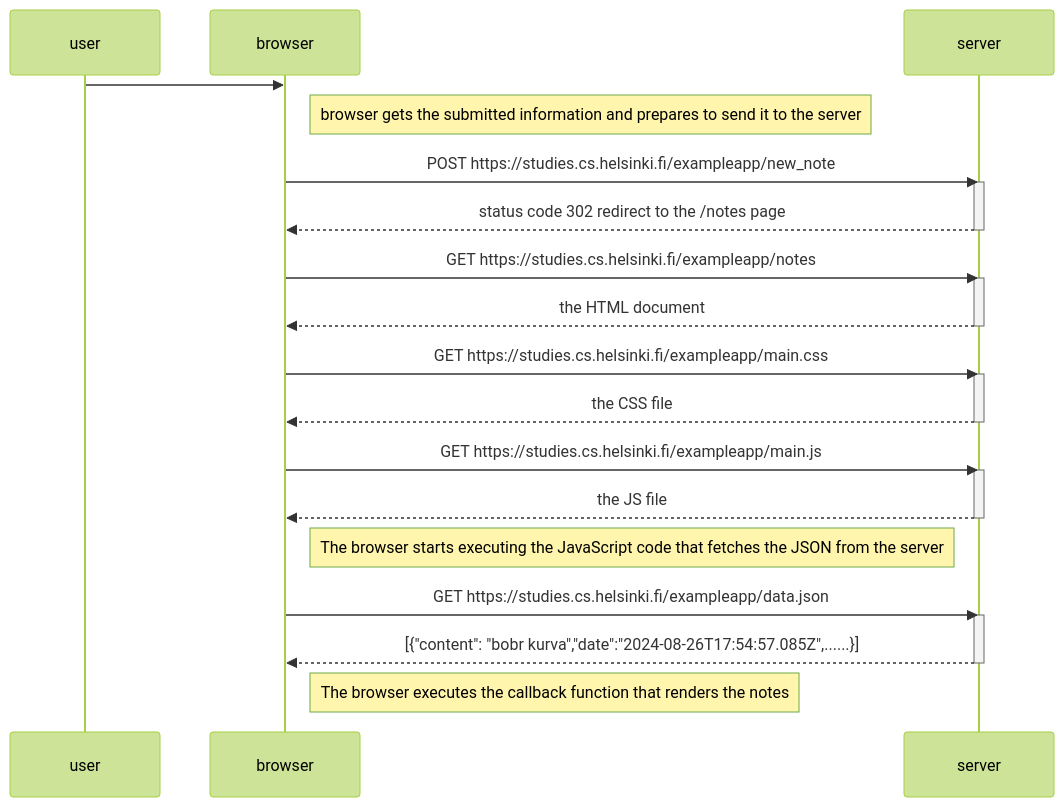
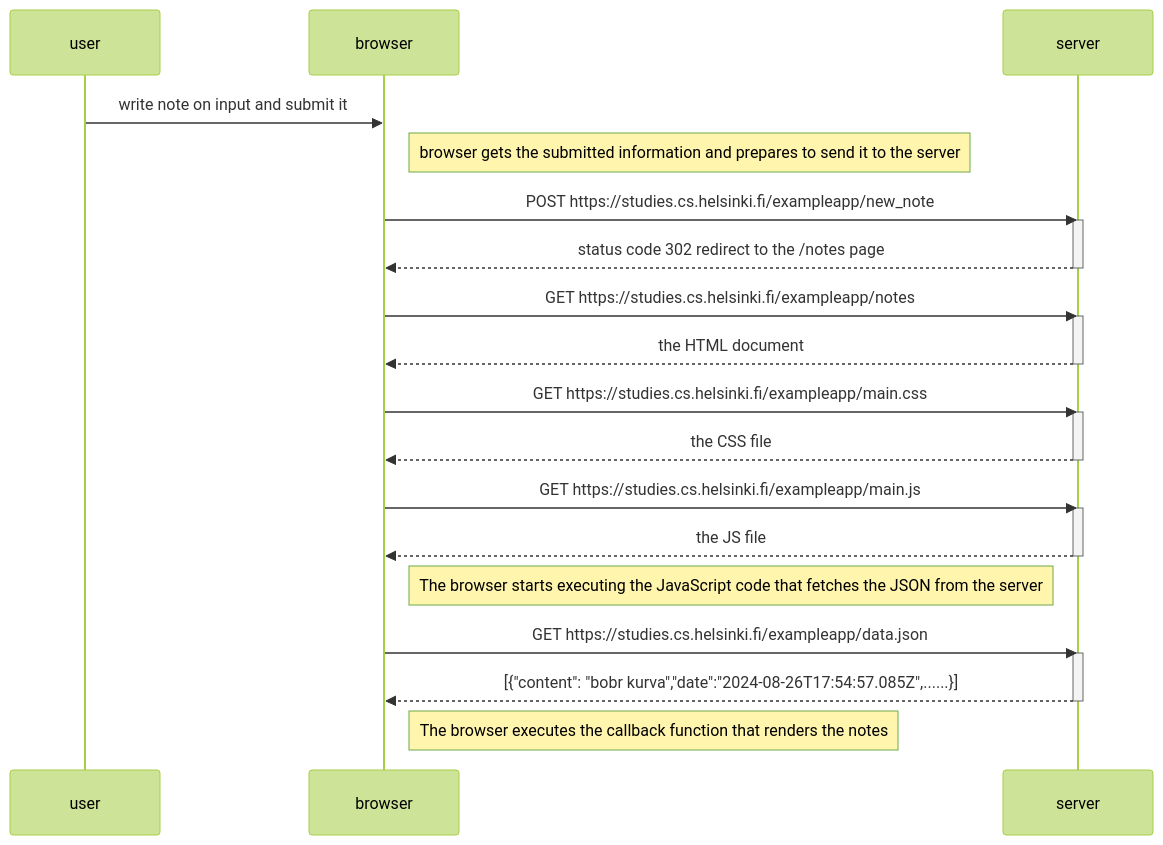
The diagram in part0/singlePageApp.md (Raman7913/fullstackopen), drawn with Mermaid (forest theme) before and after one commit.

Commit message:
fixed a syntax error of mistaken semicolon

````diff
--- a/part0/singlePageApp.md
+++ b/part0/singlePageApp.md
@@ -1,41 +1,41 @@
 ```mermaid
 sequenceDiagram
 participant user
 participant browser
 participant server
 
-    user->>browser:
+    user->>browser:write note on input and submit it
     Note right of browser: browser gets the submitted information and prepares to send it to the server
     browser->>server: POST https://studies.cs.helsinki.fi/exampleapp/new_note
     activate server
     server-->>browser: status code 302 redirect to the /notes page
     deactivate server
 
     browser->>server: GET https://studies.cs.helsinki.fi/exampleapp/notes
     activate server
     server-->>browser: the HTML document
     deactivate server
 
     browser->>server: GET https://studies.cs.helsinki.fi/exampleapp/main.css
     activate server
     server-->>browser: the CSS file
     deactivate server
 
     browser->>server: GET https://studies.cs.helsinki.fi/exampleapp/main.js
     activate server
     server-->>browser: the JS file
     deactivate server
 
     Note right of browser: The browser starts executing the JavaScript code that fetches the JSON from the server
 
     browser->>server: GET https://studies.cs.helsinki.fi/exampleapp/data.json
     activate server
     server-->>browser: [{"content": "bobr kurva","date":"2024-08-26T17:54:57.085Z",......}]
 
     deactivate server
 
     Note right of browser: The browser executes the callback function that renders the notes
 
 
 
 ```
````
